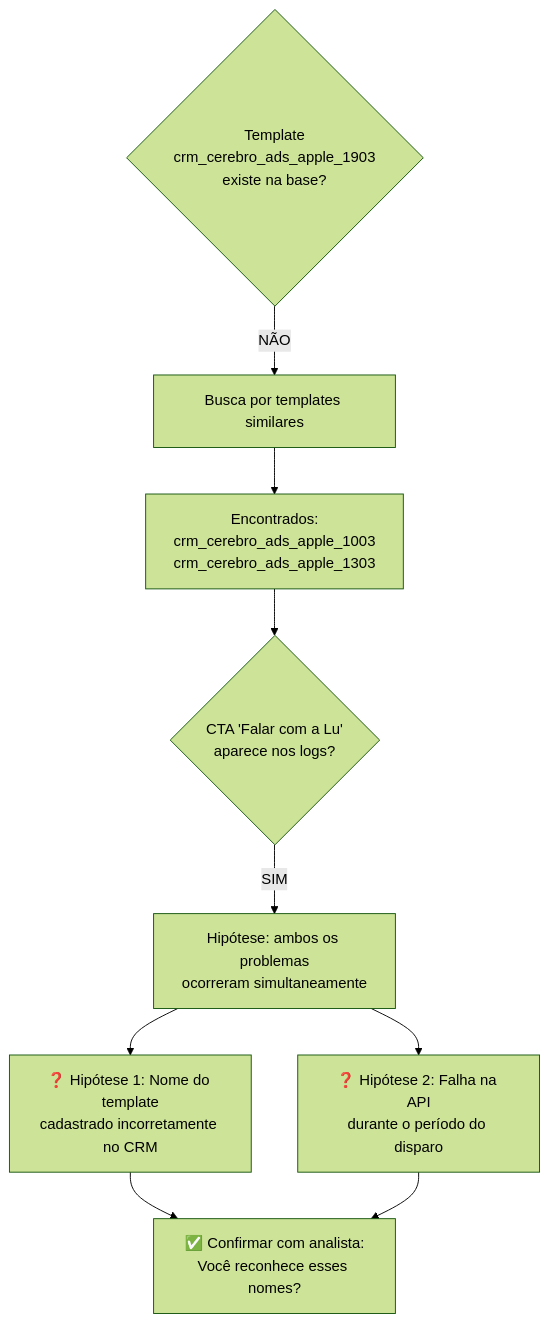
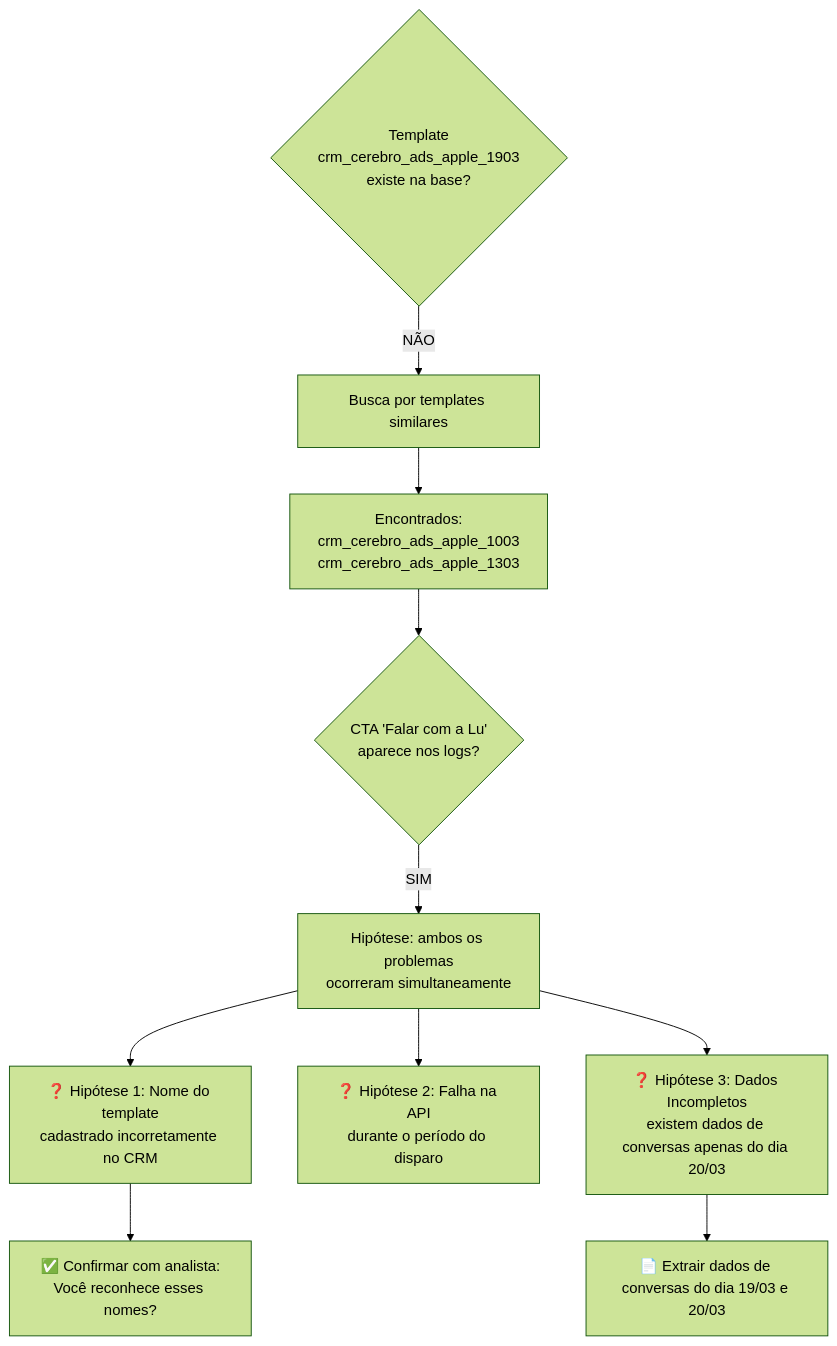
One commit to gvcintraribeiro/crm-messaging-investigation changed the fourth of 5 diagrams in README.md. Above: the diagram before and after it, drawn with Mermaid (forest theme). The commit also changed other lines of this file, not shown here.

````diff
--- a/README.md
+++ b/README.md
@@ -199,17 +199,18 @@
 ```mermaid
 flowchart TD
     Q1{Template\ncrm_cerebro_ads_apple_1903\nexiste na base?} -->|NÃO| H1
 
     H1[Busca por templates similares] --> F1[Encontrados:\ncrm_cerebro_ads_apple_1003\ncrm_cerebro_ads_apple_1303]
 
     F1 --> H2{CTA 'Falar com a Lu'\naparece nos logs?}
     H2 -->|SIM| AMBAS
 
     AMBAS[Hipótese: ambos os problemas\nocorreram simultaneamente]
 
     AMBAS --> C1[❓ Hipótese 1: Nome do template\ncadastrado incorretamente no CRM]
     AMBAS --> C2[❓ Hipótese 2: Falha na API\ndurante o período do disparo]
+    AMBAS --> C3[❓ Hipótese 3: Dados Incompletos\nexistem dados de conversas apenas do dia 20/03]
 
     C1 --> NEXT[✅ Confirmar com analista:\nVocê reconhece esses nomes?]
-    C2 --> NEXT
+    C3 --> NEXT1[📄 Extrair dados de conversas do dia 19/03 e 20/03]
 ```
````
